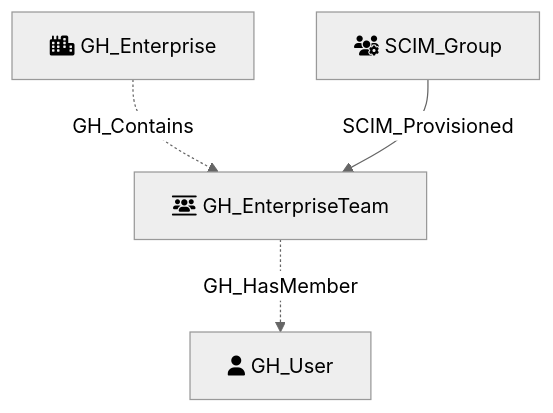
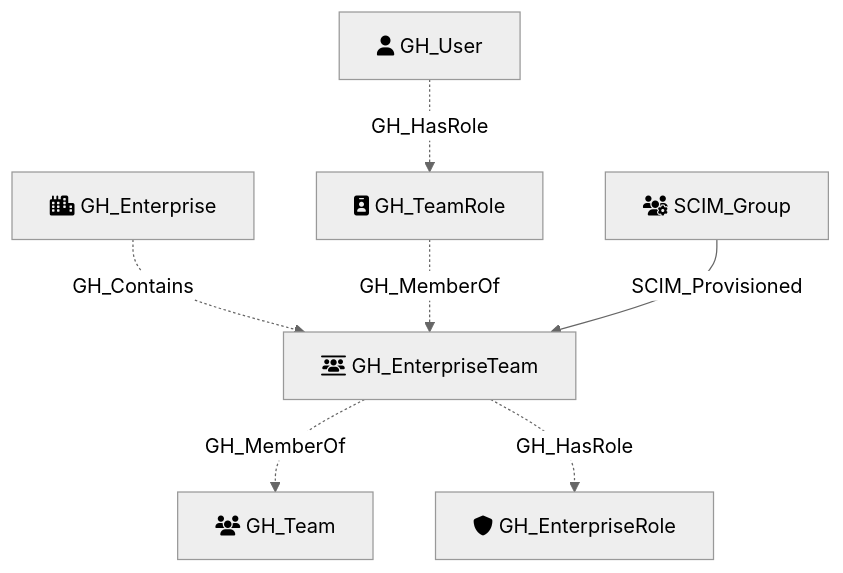
Before and after one commit to SpecterOps/GitHound: the diagram in Documentation/NodeDescriptions/GH_EnterpriseTeam.md, drawn with Mermaid (neutral theme). The commit also changed other lines of this file and 6 other files, not shown here.

````diff
--- a/Documentation/NodeDescriptions/GH_EnterpriseTeam.md
+++ b/Documentation/NodeDescriptions/GH_EnterpriseTeam.md
@@ -27,11 +29,17 @@
 ```mermaid
 flowchart TD
     GH_Enterprise[fa:fa-city GH_Enterprise]
     GH_EnterpriseTeam[fa:fa-users-between-lines GH_EnterpriseTeam]
+    GH_TeamRole[fa:fa-id-badge GH_TeamRole]
     GH_User[fa:fa-user GH_User]
+    GH_Team[fa:fa-users GH_Team]
+    GH_EnterpriseRole[fa:fa-shield GH_EnterpriseRole]
     SCIM_Group[fa:fa-users-gear SCIM_Group]
 
     GH_Enterprise -.->|GH_Contains| GH_EnterpriseTeam
-    GH_EnterpriseTeam -.->|GH_HasMember| GH_User
+    GH_User -.->|GH_HasRole| GH_TeamRole
+    GH_TeamRole -.->|GH_MemberOf| GH_EnterpriseTeam
+    GH_EnterpriseTeam -.->|GH_MemberOf| GH_Team
+    GH_EnterpriseTeam -.->|GH_HasRole| GH_EnterpriseRole
     SCIM_Group -->|SCIM_Provisioned| GH_EnterpriseTeam
 ```
````
